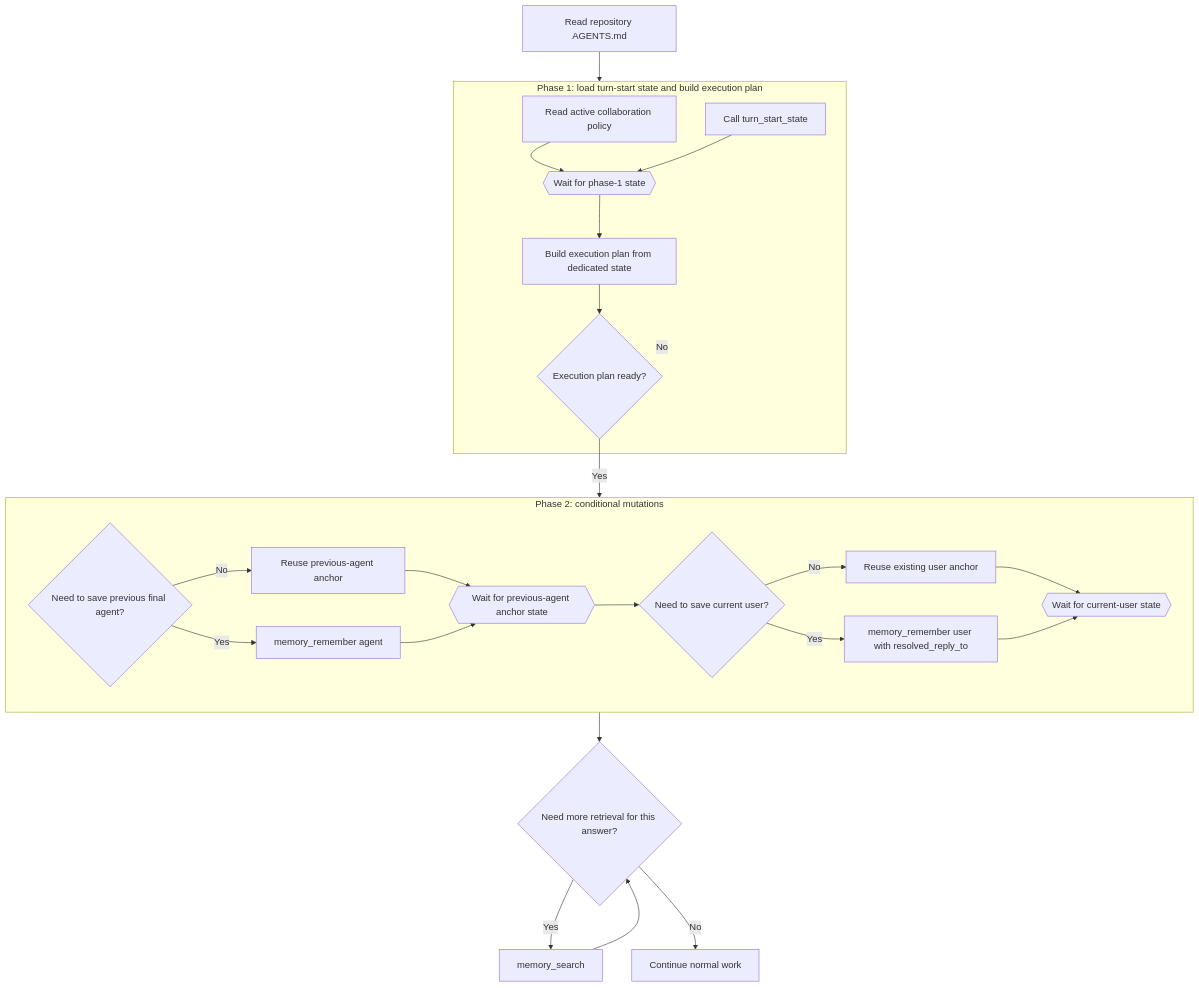
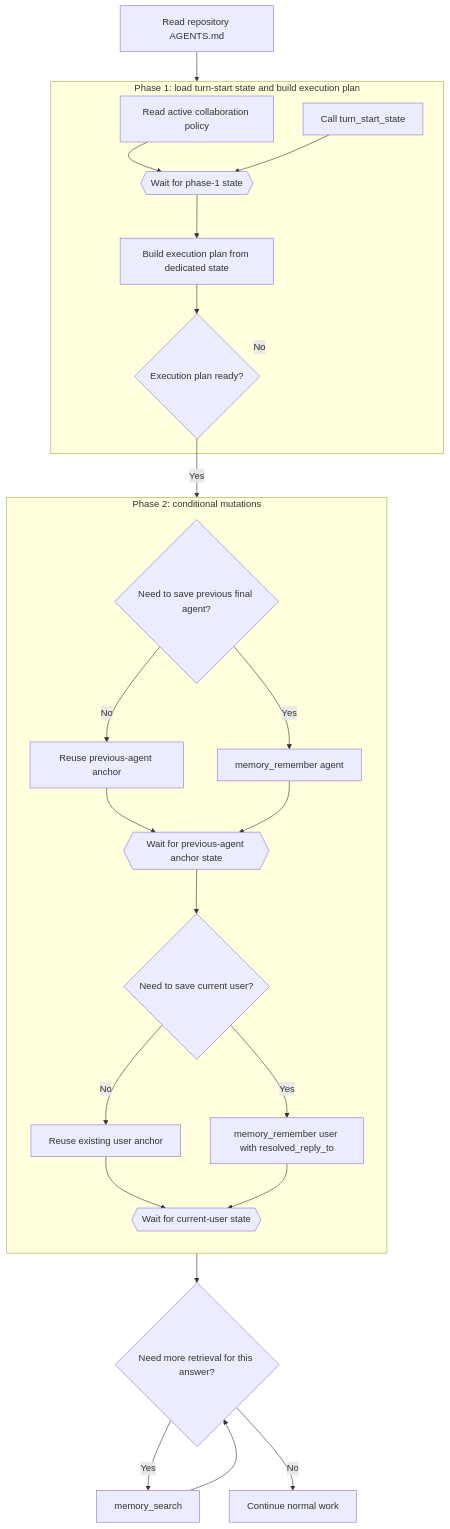
Before and after one commit to KazinaG/breathing_memory: the second of 2 diagrams in docs/mcp-turn-flows.md, drawn with Mermaid.

Commit message:
docs: force phase-2 flowchart downward layout

````diff
--- a/docs/mcp-turn-flows.md
+++ b/docs/mcp-turn-flows.md
@@ -98,44 +98,45 @@
 ```mermaid
 flowchart TD
     A[Read repository AGENTS.md]
 
     subgraph P1[Phase 1: load turn-start state and build execution plan]
         C[Read active collaboration policy]
         B[Call turn_start_state]
         W1{{Wait for phase-1 state}}
         D[Build execution plan from dedicated state]
         E{Execution plan ready?}
         C --> W1
         B --> W1
         W1 --> D
         D --> E
     end
 
     subgraph P2[Phase 2: conditional mutations]
+        direction TB
         F{Need to save previous final agent?}
         G[Reuse previous-agent anchor]
         H[memory_remember agent]
         W2{{Wait for previous-agent anchor state}}
         I{Need to save current user?}
         J[Reuse existing user anchor]
         K[memory_remember user with resolved_reply_to]
         W3{{Wait for current-user state}}
         F -- No --> G
         F -- Yes --> H
         G --> W2
         H --> W2
         W2 --> I
         I -- No --> J
         I -- Yes --> K
         J --> W3
         K --> W3
     end
 
     A --> P1
     E -- No --> P1
     E -- Yes --> P2
     P2 --> L{Need more retrieval for this answer?}
     L -- Yes --> M[memory_search]
     L -- No --> N[Continue normal work]
     M --> L
 ```
````
